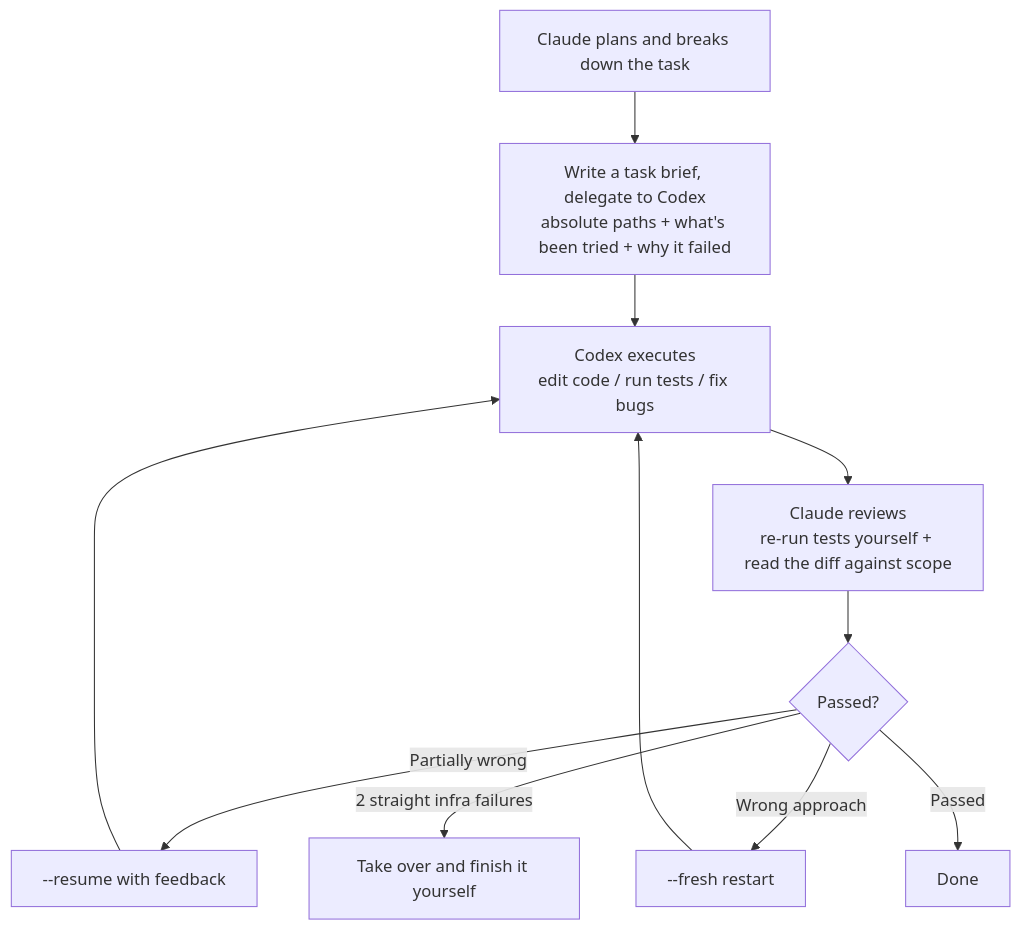
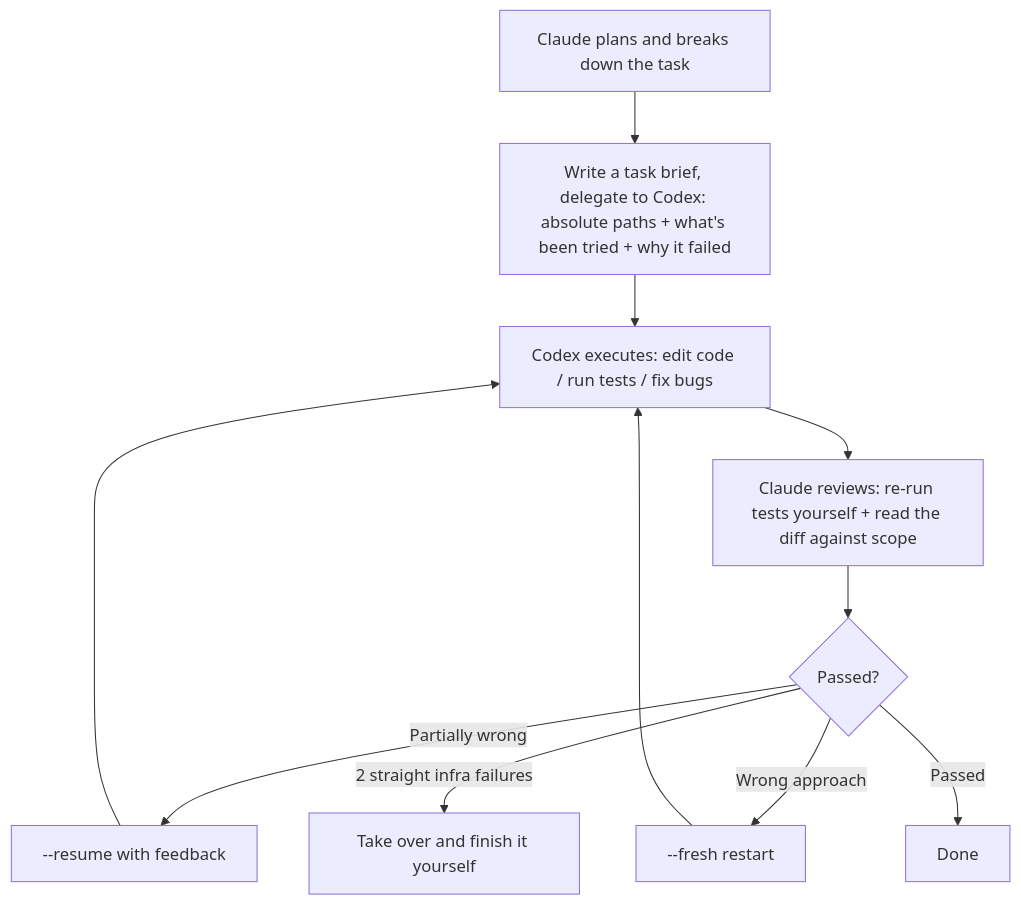
Before and after one commit to jiayx01/codex-claude-skills: the second of 2 diagrams in README.md, drawn with Mermaid. The commit also changed other lines of this file and 1 other file, not shown here.

First line of the commit message:
Fix mermaid node text: <br/> was silently dropped by the renderer

````diff
--- a/README.md
+++ b/README.md
@@ -47,13 +47,13 @@
 ```mermaid
 flowchart TD
-    A["Claude plans and breaks down the task"] --> B["Write a task brief, delegate to Codex<br/>absolute paths + what's been tried + why it failed"]
-    B --> C["Codex executes<br/>edit code / run tests / fix bugs"]
-    C --> D["Claude reviews<br/>re-run tests yourself + read the diff against scope"]
+    A["Claude plans and breaks down the task"] --> B["Write a task brief, delegate to Codex: absolute paths + what's been tried + why it failed"]
+    B --> C["Codex executes: edit code / run tests / fix bugs"]
+    C --> D["Claude reviews: re-run tests yourself + read the diff against scope"]
     D --> E{"Passed?"}
     E -->|Partially wrong| F["--resume with feedback"]
     E -->|Wrong approach| G["--fresh restart"]
     E -->|2 straight infra failures| H["Take over and finish it yourself"]
     E -->|Passed| I["Done"]
     F --> C
     G --> C
 ```
````
